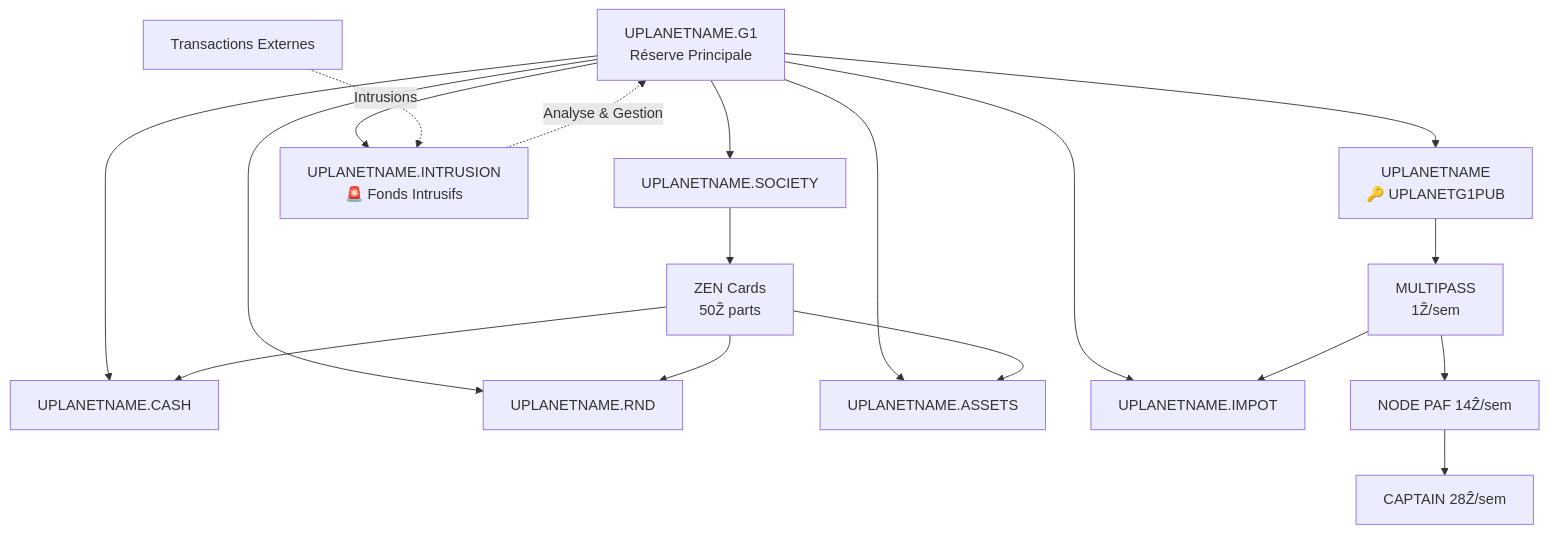
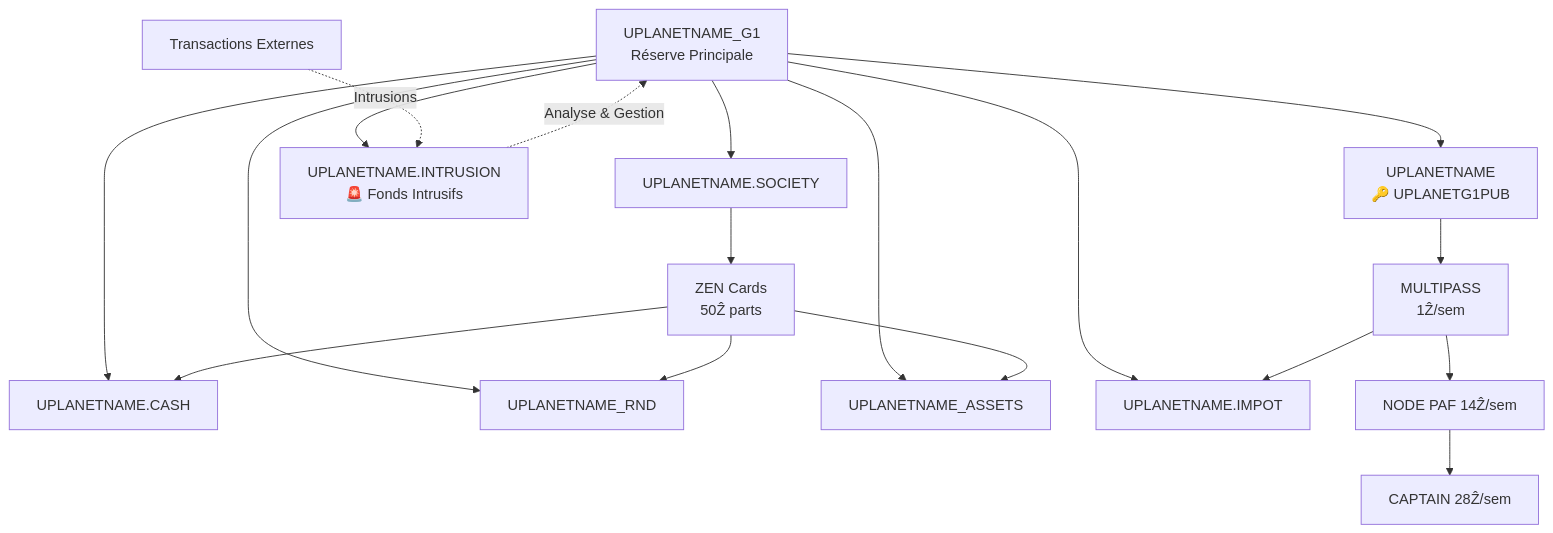
Before and after one commit to papiche/Astroport.ONE: the diagram in RUNTIME/ZEN.INTRUSION.POLICY.md, drawn with Mermaid. The commit also changed other lines of this file and 34 other files, not shown here.

````diff
--- a/RUNTIME/ZEN.INTRUSION.POLICY.md
+++ b/RUNTIME/ZEN.INTRUSION.POLICY.md
@@ -5,25 +5,25 @@
 ```mermaid
 graph TD
-    G1[UPLANETNAME.G1<br/>Réserve Principale] --> UP[UPLANETNAME<br/>🔑 UPLANETG1PUB]
+    G1[UPLANETNAME_G1<br/>Réserve Principale] --> UP[UPLANETNAME<br/>🔑 UPLANETG1PUB]
     G1 --> SOC[UPLANETNAME.SOCIETY]
     G1 --> CASH[UPLANETNAME.CASH]
-    G1 --> RND[UPLANETNAME.RND]
-    G1 --> ASSETS[UPLANETNAME.ASSETS]
+    G1 --> RND[UPLANETNAME_RND]
+    G1 --> ASSETS[UPLANETNAME_ASSETS]
     G1 --> IMPOT[UPLANETNAME.IMPOT]
     G1 --> INTRUSION[UPLANETNAME.INTRUSION<br/>🚨 Fonds Intrusifs]
     
     UP --> MP[MULTIPASS<br/>1Ẑ/sem]
     SOC --> ZC[ZEN Cards<br/>50Ẑ parts]
     
     ZC --> CASH
     ZC --> RND
     ZC --> ASSETS
     
     MP --> NODE[NODE PAF 14Ẑ/sem]
     NODE --> CAPT[CAPTAIN 28Ẑ/sem]
     MP --> IMPOT
     
     %% Flux d'intrusions
     EXTERNAL[Transactions Externes] -.->|Intrusions| INTRUSION
     INTRUSION -.->|Analyse & Gestion| G1
 ```
````
